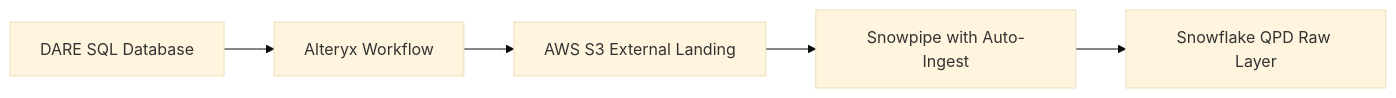
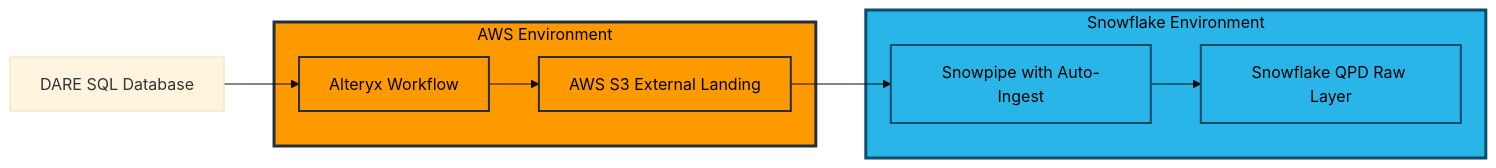
The sixth of 22 diagrams in 15-BB-QPD Future State/QPD - Future State.md (sfc-gh-mhindi/REPO_CBA), drawn with Mermaid (base theme) before and after one commit. The commit also changed other lines of this file, not shown here.

Commit message:
Update QPD - Future State.md

````diff
--- a/15-BB-QPD Future State/QPD - Future State.md
+++ b/15-BB-QPD Future State/QPD - Future State.md
@@ -481,7 +493,26 @@
 ```mermaid
 graph LR
-    DARE[DARE SQL Database] --> Alteryx[Alteryx Workflow]
-    Alteryx --> S3_Landing[AWS S3 External Landing]
-    S3_Landing --> Snowpipe[Snowpipe with Auto-Ingest]
-    Snowpipe --> SF_Raw[Snowflake QPD Raw Layer]
+    DARE[DARE SQL Database]
+    
+    subgraph AWS["AWS Environment"]
+        Alteryx[Alteryx Workflow]
+        S3_Landing[AWS S3 External Landing]
+    end
+    
+    subgraph Snowflake["Snowflake Environment"]
+        Snowpipe[Snowpipe with Auto-Ingest]
+        SF_Raw[Snowflake QPD Raw Layer]
+    end
+    
+    DARE --> Alteryx
+    Alteryx --> S3_Landing
+    S3_Landing --> Snowpipe
+    Snowpipe --> SF_Raw
+    
+    style AWS fill:#ff9900,stroke:#232f3e,stroke-width:3px,color:#000
+    style Snowflake fill:#29b5e8,stroke:#0c4d6b,stroke-width:3px,color:#000
+    style Alteryx fill:#ff9900,stroke:#232f3e,stroke-width:2px,color:#000
+    style S3_Landing fill:#ff9900,stroke:#232f3e,stroke-width:2px,color:#000
+    style Snowpipe fill:#29b5e8,stroke:#0c4d6b,stroke-width:2px,color:#000
+    style SF_Raw fill:#29b5e8,stroke:#0c4d6b,stroke-width:2px,color:#000
 ```
````
